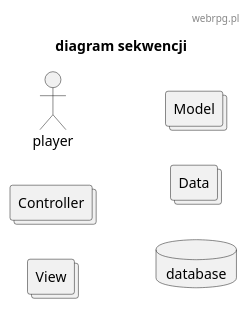
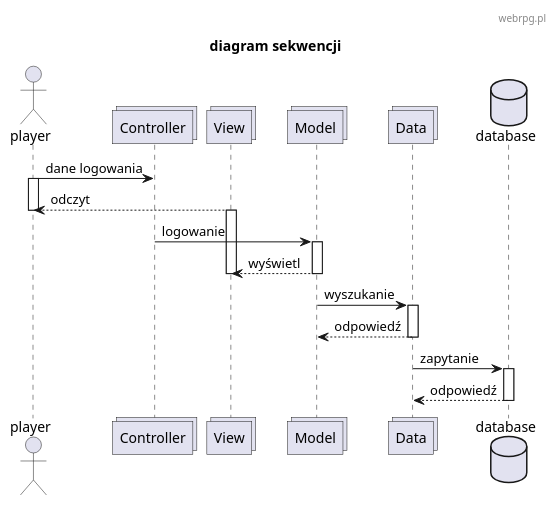
Before and after one commit to TheVivent-Politechnika-Lodzka/io_webrpg: the diagram in diagrams/diagram_sekwencji.plantuml, drawn with PlantUML.

Commit message:
coś tam porobione diagramy

```diff
--- a/diagrams/diagram_sekwencji.plantuml
+++ b/diagrams/diagram_sekwencji.plantuml
@@ -1,18 +1,35 @@
 @startuml
 header webrpg.pl
 title "diagram sekwencji"
-left to right direction
 
 actor player
 collections Controller
-collections View
+collections View 
 collections Model
 collections Data
 database database as db
 
+'czy view komunikuje się z kontrolerem, czy player
+player -> Controller : dane logowania
+activate player
+View --> player : odczyt
+deactivate player
+activate View
 
+Controller -> Model : logowanie
+activate Model
+Model --> View : wyświetl
+deactivate Model
+deactivate View
 
+Model -> Data :  wyszukanie
+activate Data
+Data --> Model : odpowiedź
+deactivate Data
 
-
+Data -> db : zapytanie
+activate db
+db --> Data : odpowiedź
+deactivate db
 
 @enduml
```
